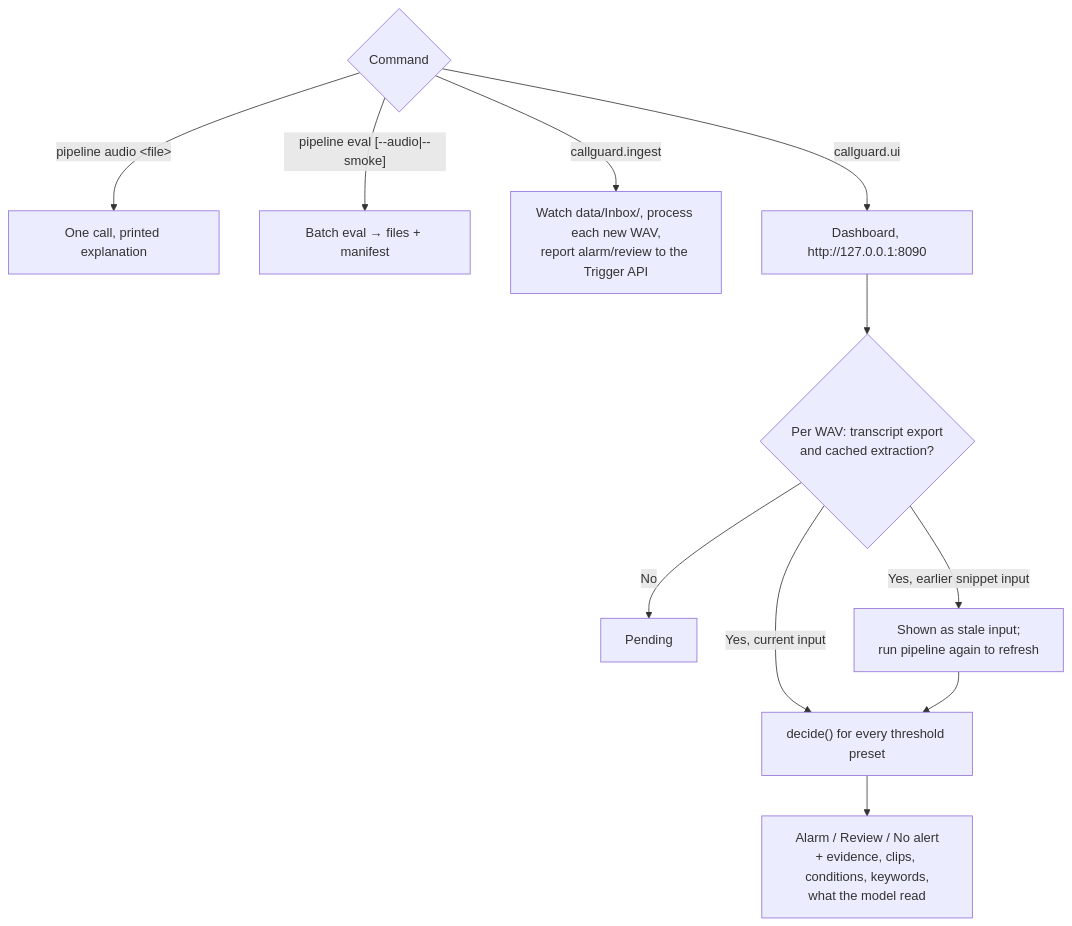
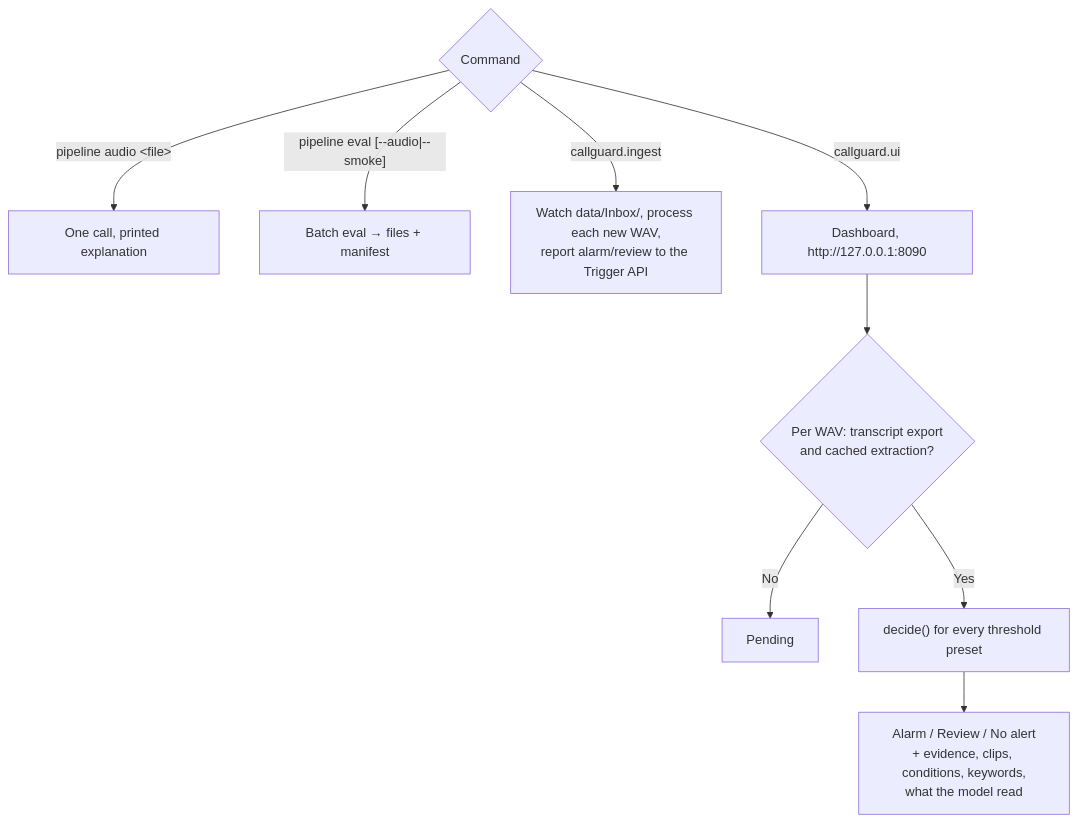
Before and after one commit to ep520/Solvent: the fifth of 5 diagrams in PIPELINE_FLOW.md, drawn with Mermaid. The commit also changed other lines of this file and 11 other files, not shown here.

````diff
--- a/PIPELINE_FLOW.md
+++ b/PIPELINE_FLOW.md
@@ -156,14 +154,12 @@
 ```mermaid
 flowchart TD
     CMD{"Command"} -- "pipeline audio &lt;file&gt;" --> ONE["One call, printed explanation"]
     CMD -- "pipeline eval [--audio|--smoke]" --> MANY["Batch eval → files + manifest"]
     CMD -- "callguard.ingest" --> WATCH["Watch data/Inbox/, process each new WAV,<br/>report alarm/review to the Trigger API"]
     CMD -- "callguard.ui" --> UI["Dashboard, http://127.0.0.1:8090"]
 
     UI --> PER_CALL{"Per WAV: transcript export<br/>and cached extraction?"}
     PER_CALL -- No --> PENDING["Pending"]
-    PER_CALL -- "Yes, current input" --> RECOMPUTE["decide() for every threshold preset"]
-    PER_CALL -- "Yes, earlier snippet input" --> STALE["Shown as stale input;<br/>run pipeline again to refresh"]
-    STALE --> RECOMPUTE
+    PER_CALL -- "Yes" --> RECOMPUTE["decide() for every threshold preset"]
     RECOMPUTE --> VIEW["Alarm / Review / No alert<br/>+ evidence, clips, conditions, keywords,<br/>what the model read"]
 ```
````
